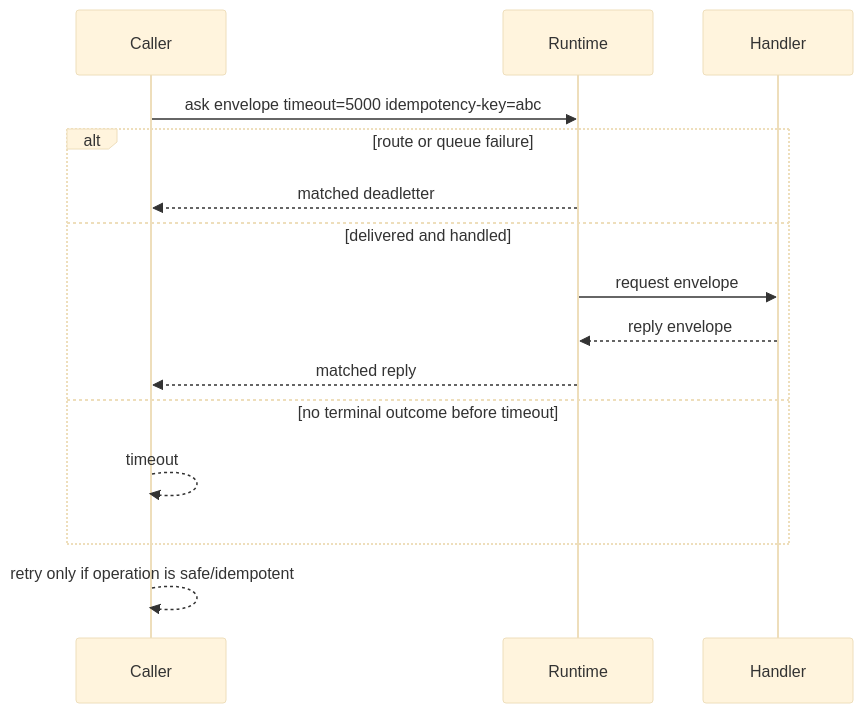
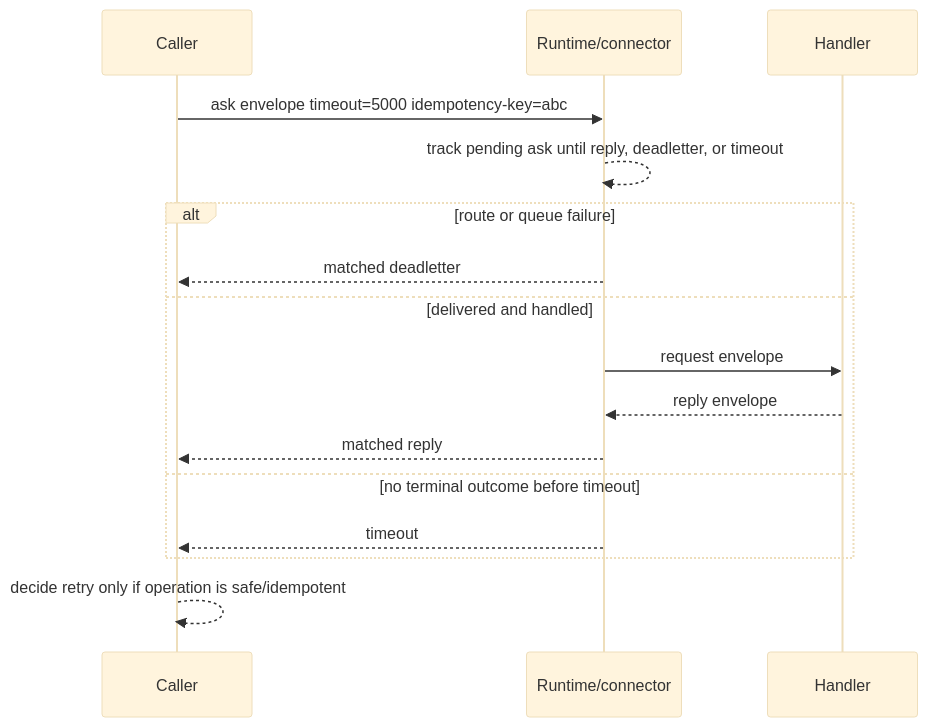
The fourth of 4 diagrams in docs/runtime-message-and-routing-model.md (phuong-tran/coakka-samples), drawn with Mermaid (base theme) before and after one commit. The commit also changed other lines of this file and 1 other file, not shown here.

Commit message:
docs: clarify timeout mechanics ownership

````diff
--- a/docs/runtime-message-and-routing-model.md
+++ b/docs/runtime-message-and-routing-model.md
@@ -273,18 +287,19 @@
 ```mermaid
 sequenceDiagram
     participant C as Caller
-    participant R as Runtime
+    participant RC as Runtime/connector
     participant H as Handler
 
-    C->>R: ask envelope timeout=5000 idempotency-key=abc
+    C->>RC: ask envelope timeout=5000 idempotency-key=abc
+    RC-->>RC: track pending ask until reply, deadletter, or timeout
     alt route or queue failure
-        R-->>C: matched deadletter
+        RC-->>C: matched deadletter
     else delivered and handled
-        R->>H: request envelope
-        H-->>R: reply envelope
-        R-->>C: matched reply
+        RC->>H: request envelope
+        H-->>RC: reply envelope
+        RC-->>C: matched reply
     else no terminal outcome before timeout
-        C-->>C: timeout
+        RC-->>C: timeout
     end
-    C-->>C: retry only if operation is safe/idempotent
+    C-->>C: decide retry only if operation is safe/idempotent
 ```
````
